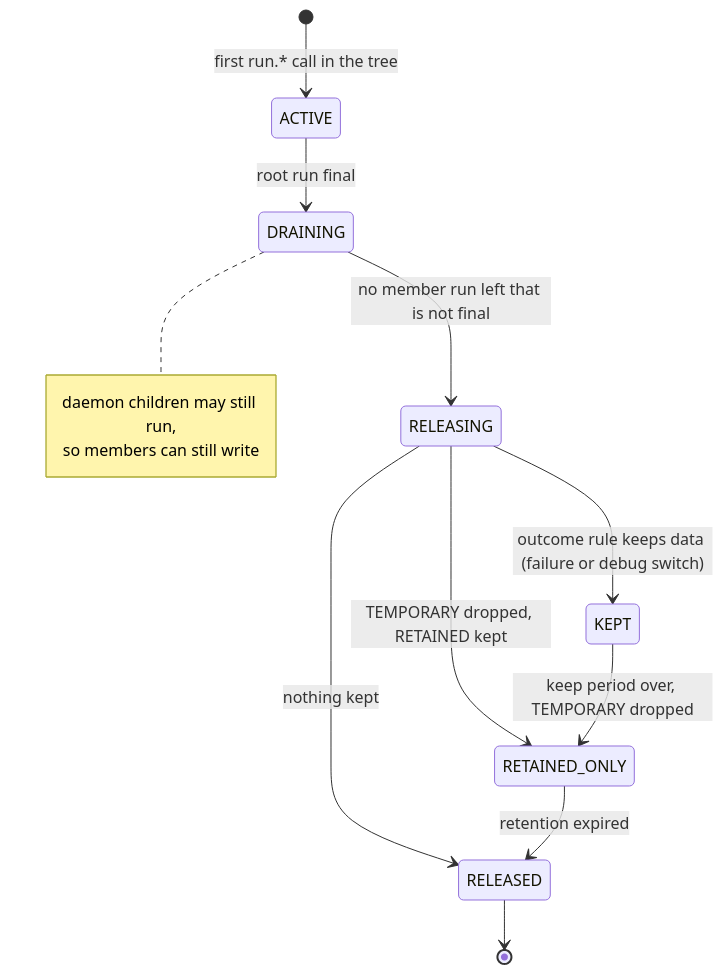
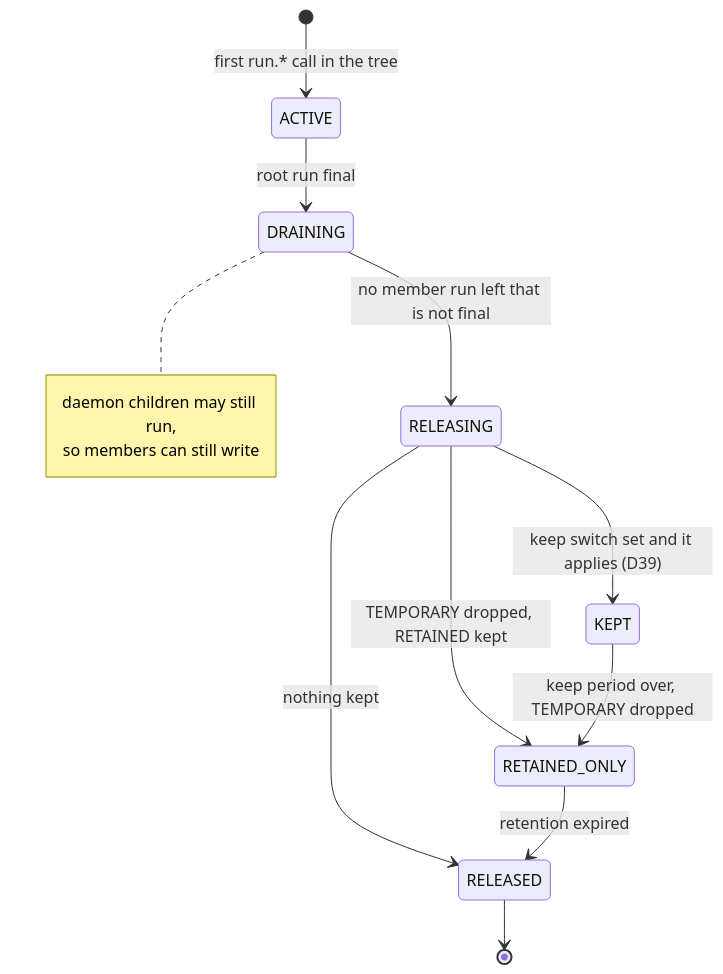
The second of 2 diagrams in spec/07-run-namespaces.md (dpavlis/clover-datastore), drawn with Mermaid before and after one commit. The commit also changed other lines of this file and 6 other files, not shown here.

````diff
--- a/spec/07-run-namespaces.md
+++ b/spec/07-run-namespaces.md
@@ -135,16 +135,16 @@
 ```mermaid
 stateDiagram-v2
   [*] --> ACTIVE: first run.* call in the tree
   ACTIVE --> DRAINING: root run final
   DRAINING --> RELEASING: no member run left that is not final
-  RELEASING --> KEPT: outcome rule keeps data (failure or debug switch)
+  RELEASING --> KEPT: keep switch set and it applies (D39)
   RELEASING --> RETAINED_ONLY: TEMPORARY dropped, RETAINED kept
   RELEASING --> RELEASED: nothing kept
   KEPT --> RETAINED_ONLY: keep period over, TEMPORARY dropped
   RETAINED_ONLY --> RELEASED: retention expired
   RELEASED --> [*]
   note right of DRAINING
     daemon children may still run,
     so members can still write
   end note
 ```
````
